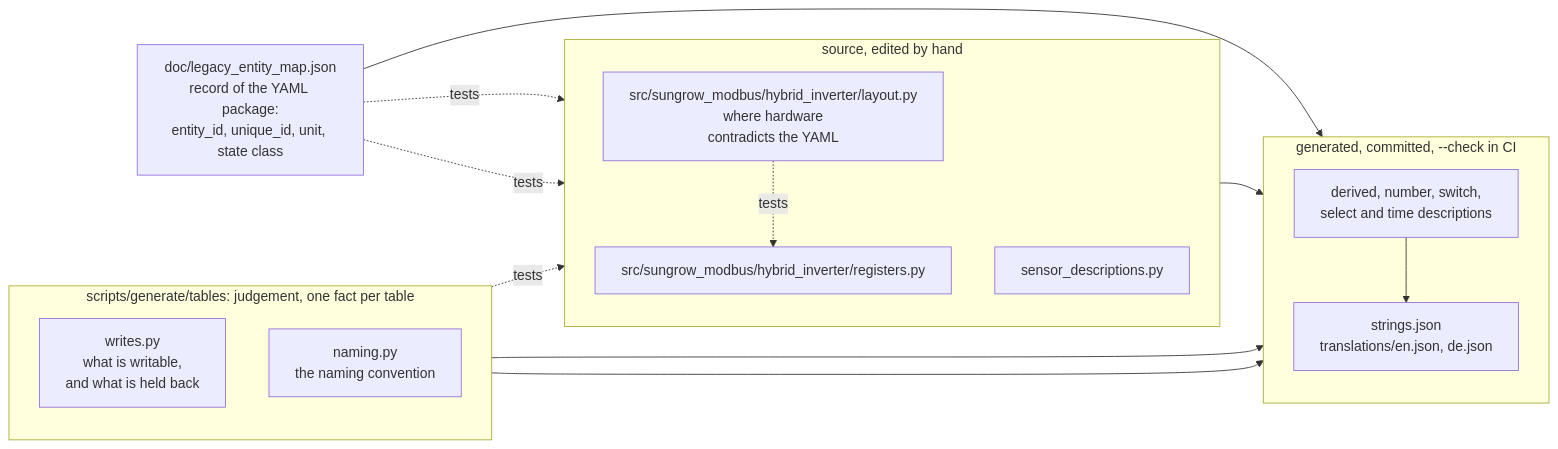
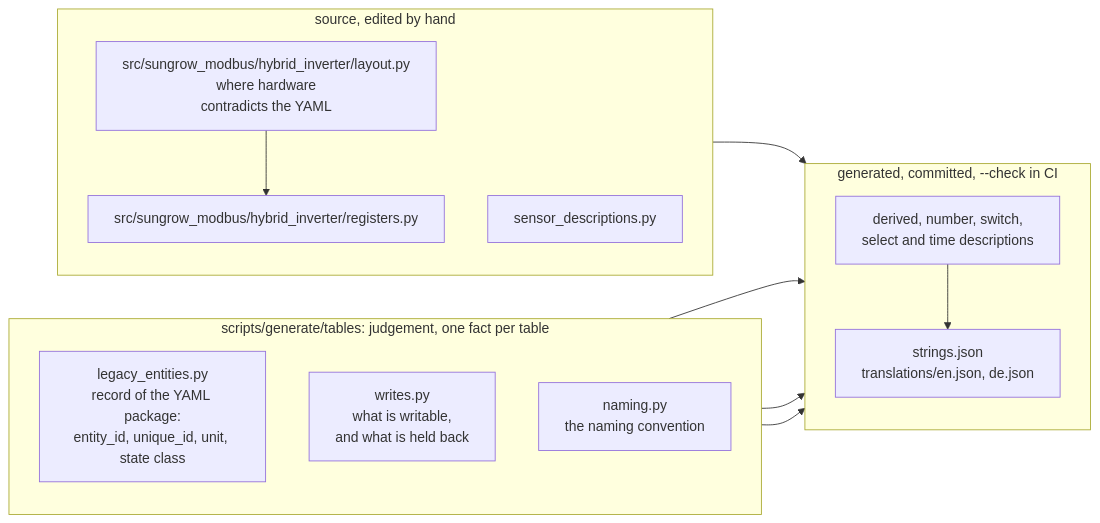
One commit to mkaiser/Sungrow-SHx-Inverter-Modbus-Home-Assistant changed the second of 2 diagrams in doc/architecture.md. Above: the diagram before and after it, drawn with Mermaid. The commit also changed other lines of this file and 46 other files, not shown here.

First line of the commit message:
T070 Retire the comparison with the YAML package

````diff
--- a/doc/architecture.md
+++ b/doc/architecture.md
@@ -247,33 +247,29 @@
 ```mermaid
 flowchart LR
-    map["doc/legacy_entity_map.json<br/>record of the YAML package:<br/>entity_id, unique_id, unit, state class"]
-
     subgraph tables["scripts/generate/tables: judgement, one fact per table"]
         direction TB
+        legacy["legacy_entities.py<br/>record of the YAML package:<br/>entity_id, unique_id, unit, state class"]
         writes["writes.py<br/>what is writable,<br/>and what is held back"]
         naming["naming.py<br/>the naming convention"]
     end
 
     subgraph source["source, edited by hand"]
         direction TB
         regs["src/sungrow_modbus/hybrid_inverter/registers.py"]
         layout["src/sungrow_modbus/hybrid_inverter/layout.py<br/>where hardware<br/>contradicts the YAML"]
         sensors["sensor_descriptions.py"]
     end
 
     subgraph generated["generated, committed, --check in CI"]
         direction TB
         descs["derived, number, switch,<br/>select and time descriptions"]
         strings["strings.json<br/>translations/en.json, de.json"]
     end
 
-    map -. "tests" .-> regs
-    map -. "tests" .-> sensors
-    layout -. "tests" .-> regs
-    writes -. "tests" .-> regs
-    map --> descs
+    layout --> regs
+    legacy --> descs
     writes --> descs
     naming --> strings
     descs --> strings
     sensors --> strings
 ```
````
